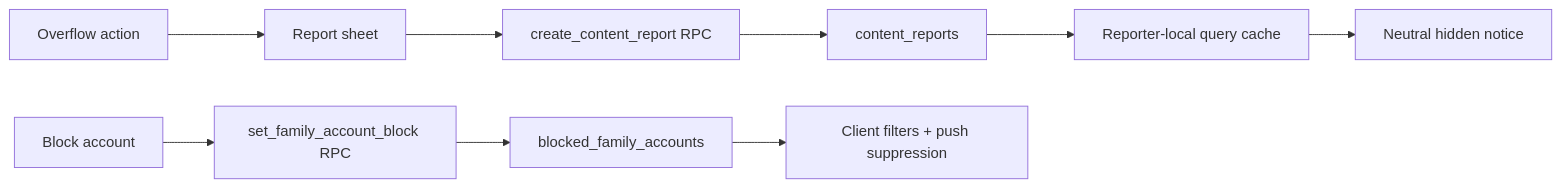
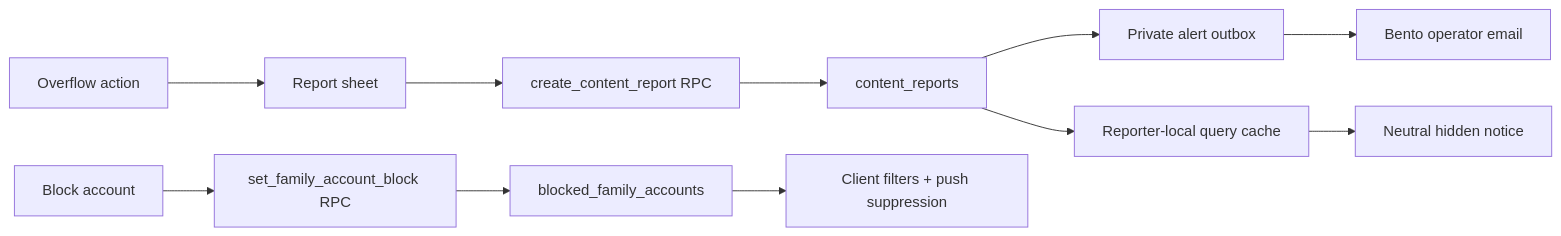
Before and after one commit to eduardoyi/newmomora: the diagram in docs/features/content-reporting.md, drawn with Mermaid. The commit also changed other lines of this file and 30 other files, not shown here.

````diff
--- a/docs/features/content-reporting.md
+++ b/docs/features/content-reporting.md
@@ -27,11 +27,13 @@
 ```mermaid
 flowchart LR
   A["Overflow action"] --> B["Report sheet"]
   B --> C["create_content_report RPC"]
   C --> D["content_reports"]
+  D --> K["Private alert outbox"]
+  K --> L["Bento operator email"]
   D --> E["Reporter-local query cache"]
   E --> F["Neutral hidden notice"]
   G["Block account"] --> H["set_family_account_block RPC"]
   H --> I["blocked_family_accounts"]
   I --> J["Client filters + push suppression"]
 ```
````
